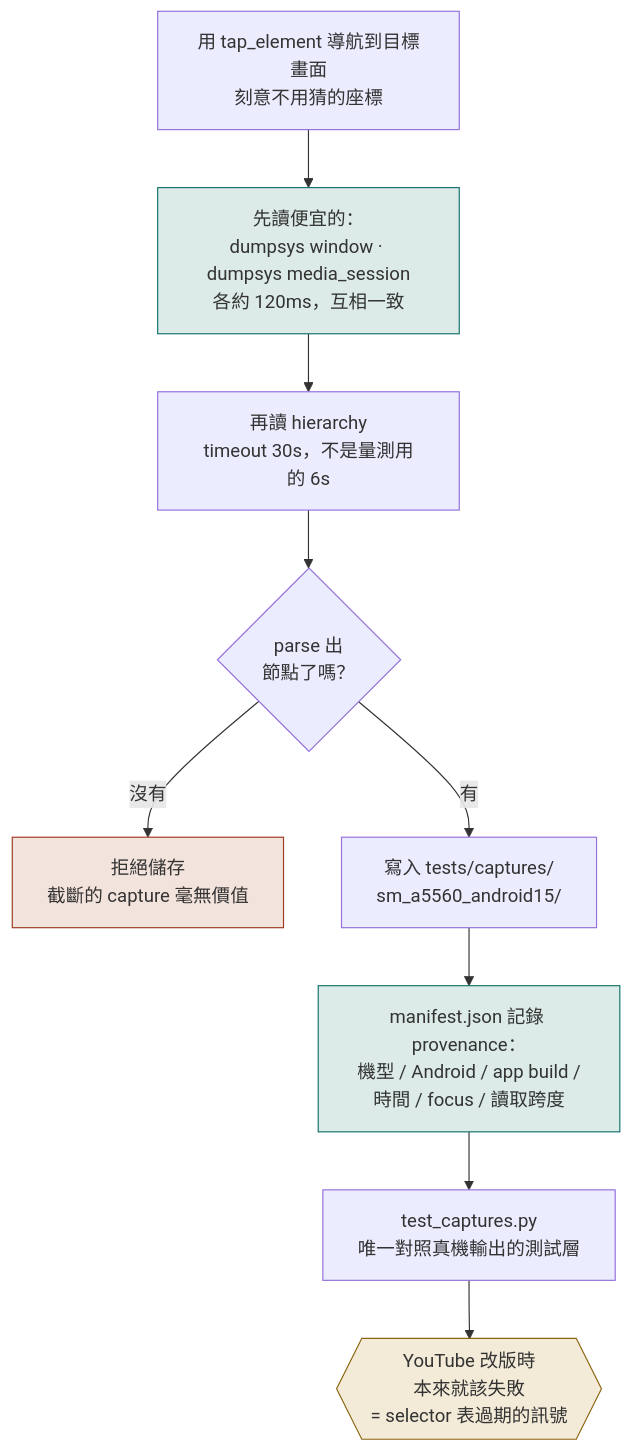
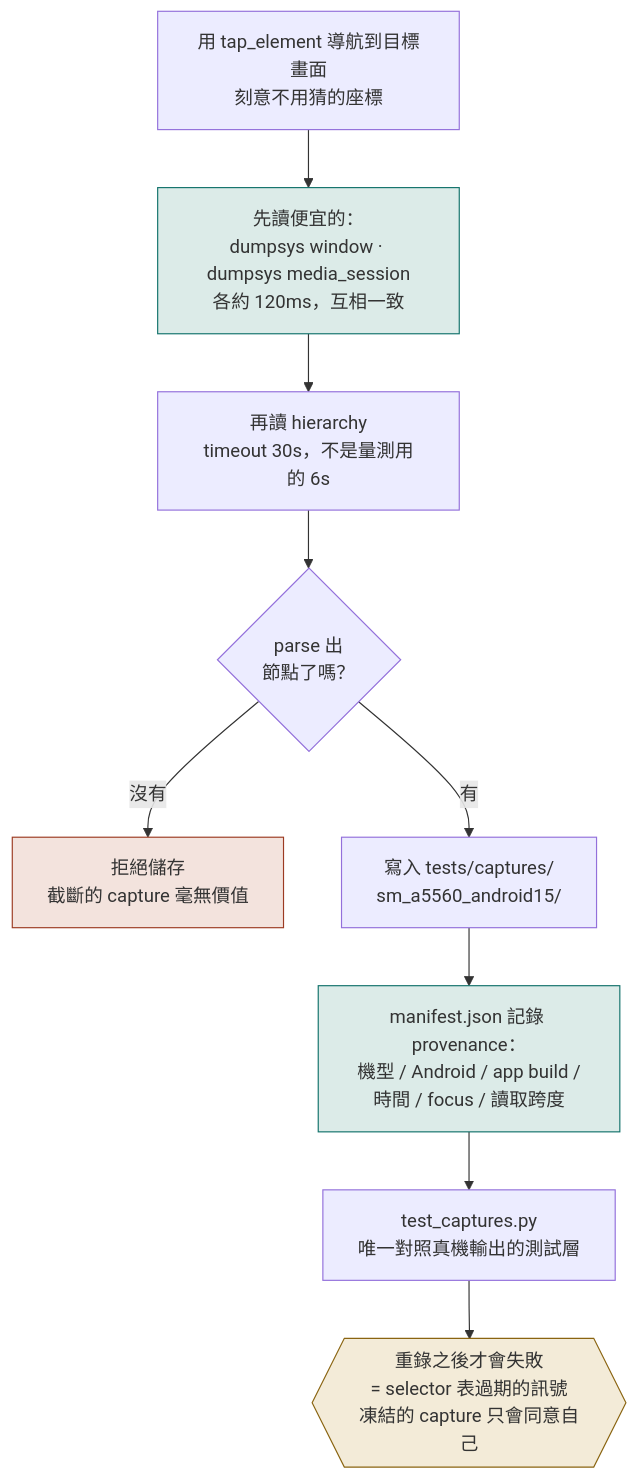
One commit to RicherEric/AutoPerf changed the seventh of 7 diagrams in docs/DEVICE_TESTING_zh-TW.md. Above: the diagram before and after it, drawn with Mermaid. The commit also changed other lines of this file and 1 other file, not shown here.

````diff
--- a/docs/DEVICE_TESTING_zh-TW.md
+++ b/docs/DEVICE_TESTING_zh-TW.md
@@ -261,16 +410,16 @@
 ```mermaid
 flowchart TB
     DRIVE["用 tap_element 導航到目標畫面<br/>刻意不用猜的座標"] --> CHEAP["先讀便宜的：<br/>dumpsys window · dumpsys media_session<br/>各約 120ms，互相一致"]
     CHEAP --> DUMPC["再讀 hierarchy<br/>timeout 30s，不是量測用的 6s"]
     DUMPC --> CHECK{"parse 出<br/>節點了嗎？"}
     CHECK -->|沒有| REJECT["拒絕儲存<br/>截斷的 capture 毫無價值"]
     CHECK -->|有| WRITE["寫入 tests/captures/<br/>sm_a5560_android15/"]
     WRITE --> MAN["manifest.json 記錄 provenance：<br/>機型 / Android / app build /<br/>時間 / focus / 讀取跨度"]
     MAN --> TEST["test_captures.py<br/>唯一對照真機輸出的測試層"]
-    TEST --> FAIL{{"YouTube 改版時<br/>本來就該失敗<br/>= selector 表過期的訊號"}}
+    TEST --> FAIL{{"重錄之後才會失敗<br/>= selector 表過期的訊號<br/>凍結的 capture 只會同意自己"}}
 
     style CHEAP fill:#dcebe8,stroke:#12726b
     style MAN fill:#dcebe8,stroke:#12726b
     style FAIL fill:#f3ebd8,stroke:#8a6410
     style REJECT fill:#f3e3dd,stroke:#9c3b22
 ```
````
